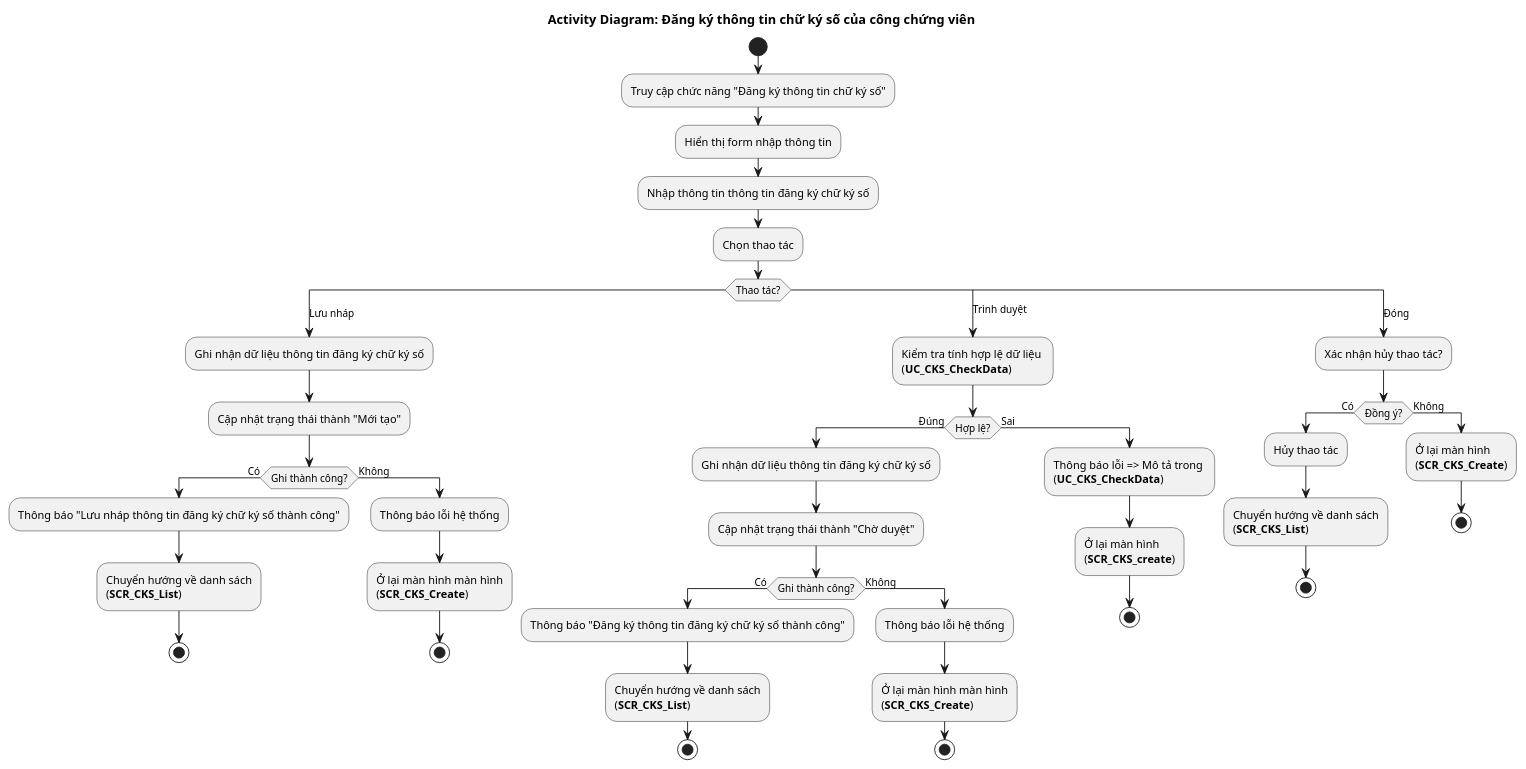
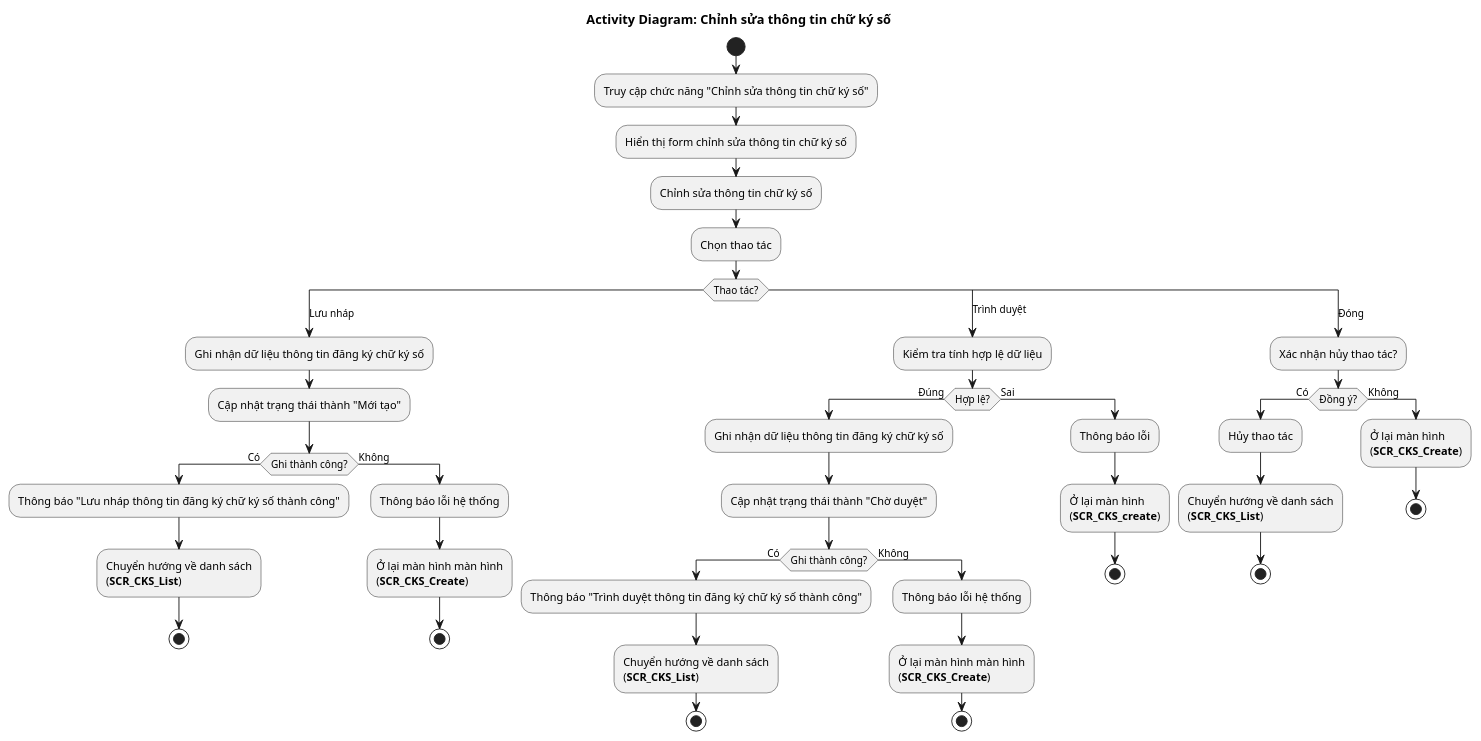
The diagram in Quản lý công chứng viên/4.usecases/ChuKySo/ChinhSua/AD_Sign_Update.puml (phuongpm23/nds-docs-test), drawn with PlantUML before and after one commit. The commit also changed 45 other files, not shown here.

```diff
--- a/Quản lý công chứng viên/4.usecases/ChuKySo/ChinhSua/AD_Sign_Update.puml
+++ b/Quản lý công chứng viên/4.usecases/ChuKySo/ChinhSua/AD_Sign_Update.puml
@@ -1,52 +1,52 @@
-@startuml AD_CKSManager_Create
+@startuml AD_Sign_Update
 !pragma layout smetana
-title Activity Diagram: Đăng ký thông tin chữ ký số của công chứng viên
+title Activity Diagram: Chỉnh sửa thông tin chữ ký số
 start
-:Truy cập chức năng "Đăng ký thông tin chữ ký số";
-:Hiển thị form nhập thông tin;
-:Nhập thông tin thông tin đăng ký chữ ký số;
+:Truy cập chức năng "Chỉnh sửa thông tin chữ ký số";
+:Hiển thị form chỉnh sửa thông tin chữ ký số;
+:Chỉnh sửa thông tin chữ ký số;
   :Chọn thao tác;
   switch (Thao tác?)
     case (Lưu nháp)
       :Ghi nhận dữ liệu thông tin đăng ký chữ ký số;
       :Cập nhật trạng thái thành "Mới tạo";
       if (Ghi thành công?) then (Có)
         :Thông báo "Lưu nháp thông tin đăng ký chữ ký số thành công";
         :Chuyển hướng về danh sách\n(**SCR_CKS_List**);
         stop
       else (Không)
         :Thông báo lỗi hệ thống;
         :Ở lại màn hình màn hình\n(**SCR_CKS_Create**);
         stop
       endif
     case (Trình duyệt)
-      :Kiểm tra tính hợp lệ dữ liệu \n(**UC_CKS_CheckData**);
+      :Kiểm tra tính hợp lệ dữ liệu;
       if (Hợp lệ?) then (Đúng)
         :Ghi nhận dữ liệu thông tin đăng ký chữ ký số;
         :Cập nhật trạng thái thành "Chờ duyệt";
           if (Ghi thành công?) then (Có)
-            :Thông báo "Đăng ký thông tin đăng ký chữ ký số thành công";
+            :Thông báo "Trình duyệt thông tin đăng ký chữ ký số thành công";
             :Chuyển hướng về danh sách\n(**SCR_CKS_List**);
             stop
           else (Không)
             :Thông báo lỗi hệ thống;
             :Ở lại màn hình màn hình\n(**SCR_CKS_Create**);
             stop
           endif
       else (Sai)
-        :Thông báo lỗi => Mô tả trong \n(**UC_CKS_CheckData**);
+        :Thông báo lỗi;
         :Ở lại màn hình\n(**SCR_CKS_create**);
         stop
       endif
     case (Đóng)
       :Xác nhận hủy thao tác?;
       if (Đồng ý?) then (Có)
         :Hủy thao tác;
         :Chuyển hướng về danh sách\n(**SCR_CKS_List**);
         stop
       else (Không)
         :Ở lại màn hình\n(**SCR_CKS_Create**);
         stop
       endif
   endswitch
 @enduml
```
